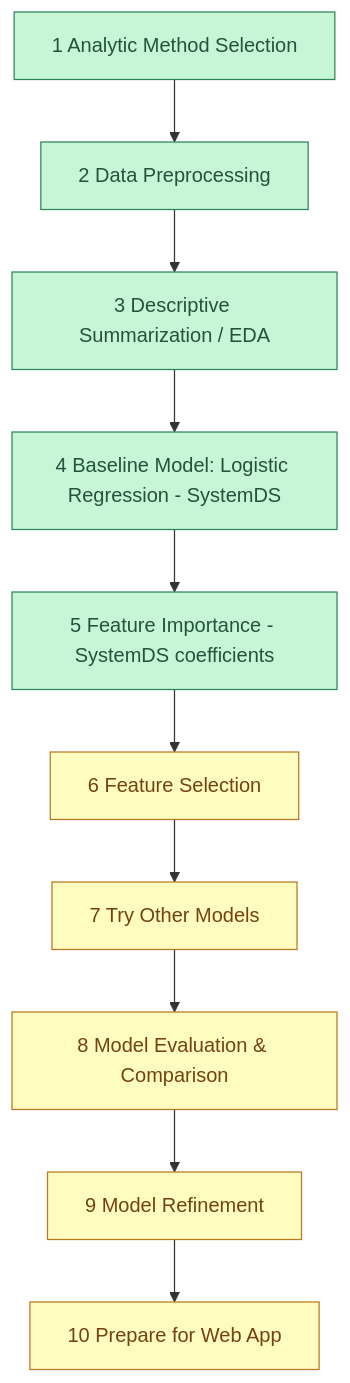
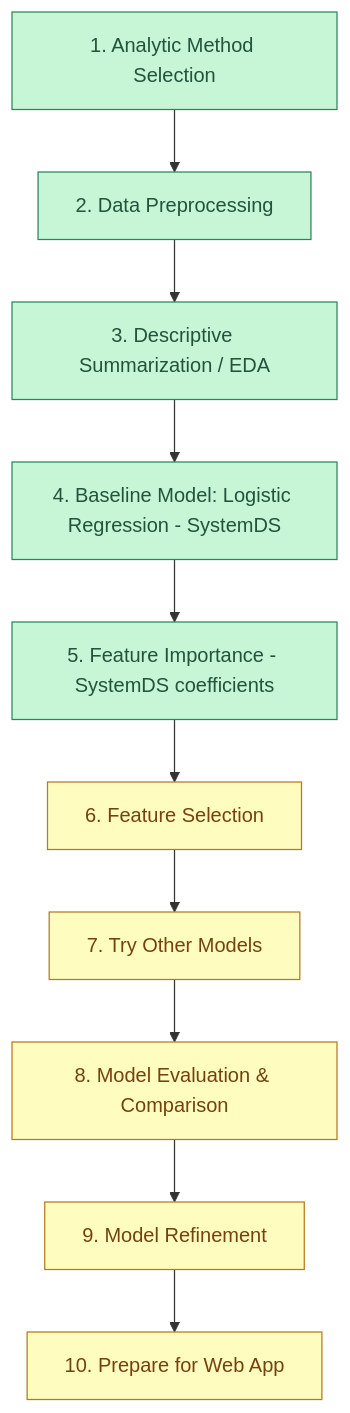
Before and after one commit to j143/heart-attack-analysis: the diagram in solution.md, drawn with Mermaid. The commit also changed other lines of this file, not shown here.

````diff
--- a/solution.md
+++ b/solution.md
@@ -18,21 +18,21 @@
 ```mermaid
 graph TD
-    A[1 Analytic Method Selection]:::done
-    B[2 Data Preprocessing]:::done
-    C[3 Descriptive Summarization / EDA]:::done
-    D[4 Baseline Model: Logistic Regression - SystemDS]:::done
-    E[5 Feature Importance - SystemDS coefficients]:::done
-    F[6 Feature Selection]:::todo
-    G[7 Try Other Models]:::todo
-    H[8 Model Evaluation & Comparison]:::todo
-    I[9 Model Refinement]:::todo
-    J[10 Prepare for Web App]:::todo
+    A[1. Analytic Method Selection]:::done
+    B[2. Data Preprocessing]:::done
+    C[3. Descriptive Summarization / EDA]:::done
+    D[4. Baseline Model: Logistic Regression - SystemDS]:::done
+    E[5. Feature Importance - SystemDS coefficients]:::done
+    F[6. Feature Selection]:::todo
+    G[7. Try Other Models]:::todo
+    H[8. Model Evaluation & Comparison]:::todo
+    I[9. Model Refinement]:::todo
+    J[10. Prepare for Web App]:::todo
 
     A --> B --> C --> D --> E --> F --> G --> H --> I --> J
 
     classDef done fill:#c6f6d5,stroke:#2f855a,color:#22543d
     classDef todo fill:#fefcbf,stroke:#b7791f,color:#744210
 
     class A,B,C,D,E done
     class F,G,H,I,J todo
 ```
````
